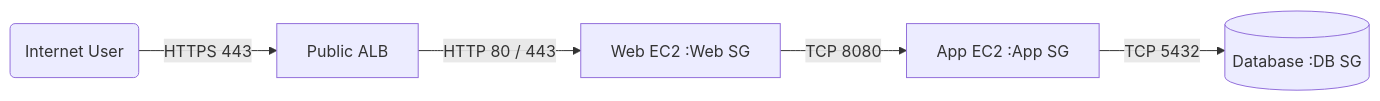
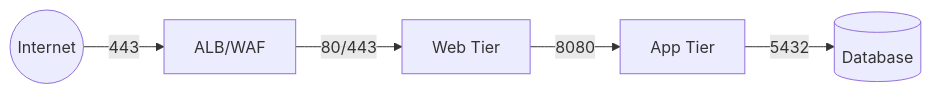
One commit to Sagar2366/LearnWithSagar changed the fifth of 5 diagrams in DailyChallenges/Season2/Day19/challenge.md. Above: the diagram before and after it, drawn with Mermaid. The commit also changed other lines of this file, not shown here.

````diff
--- a/DailyChallenges/Season2/Day19/challenge.md
+++ b/DailyChallenges/Season2/Day19/challenge.md
@@ -257,7 +228,7 @@
 ```mermaid
 flowchart LR
-    User(Internet User) -->|HTTPS 443| ALB[Public ALB]
-    ALB -->|HTTP 80 / 443| WEB[Web EC2 :Web SG]
-    WEB -->|TCP 8080| APP[App EC2 :App SG]
-    APP -->|TCP 5432| DB[(Database :DB SG)]
+  User((Internet)) -->|443| ALB[ALB/WAF]
+  ALB -->|80/443| WEB[Web Tier]
+  WEB -->|8080| APP[App Tier]
+  APP -->|5432| DB[(Database)]
 ```
````
